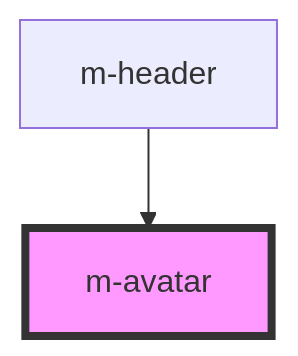
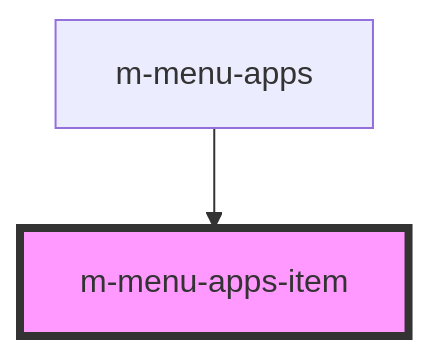
The diagram in src/components/m-menu-apps-item/readme.md (CESARBR/macaw), drawn with Mermaid before and after one commit. The commit also changed other lines of this file and 7 other files, not shown here.

Commit message:
1) Update automatic component readme.md docs; 2) Menu Apps: changed  button color to use color variable; 3) Menu Apps: changed icon fill to currentColor

````diff
--- a/src/components/m-menu-apps-item/readme.md
+++ b/src/components/m-menu-apps-item/readme.md
@@ -24,5 +26,5 @@
 ```mermaid
 graph TD;
-  m-header --> m-avatar
-  style m-avatar fill:#f9f,stroke:#333,stroke-width:4px
+  m-menu-apps --> m-menu-apps-item
+  style m-menu-apps-item fill:#f9f,stroke:#333,stroke-width:4px
 ```
````
